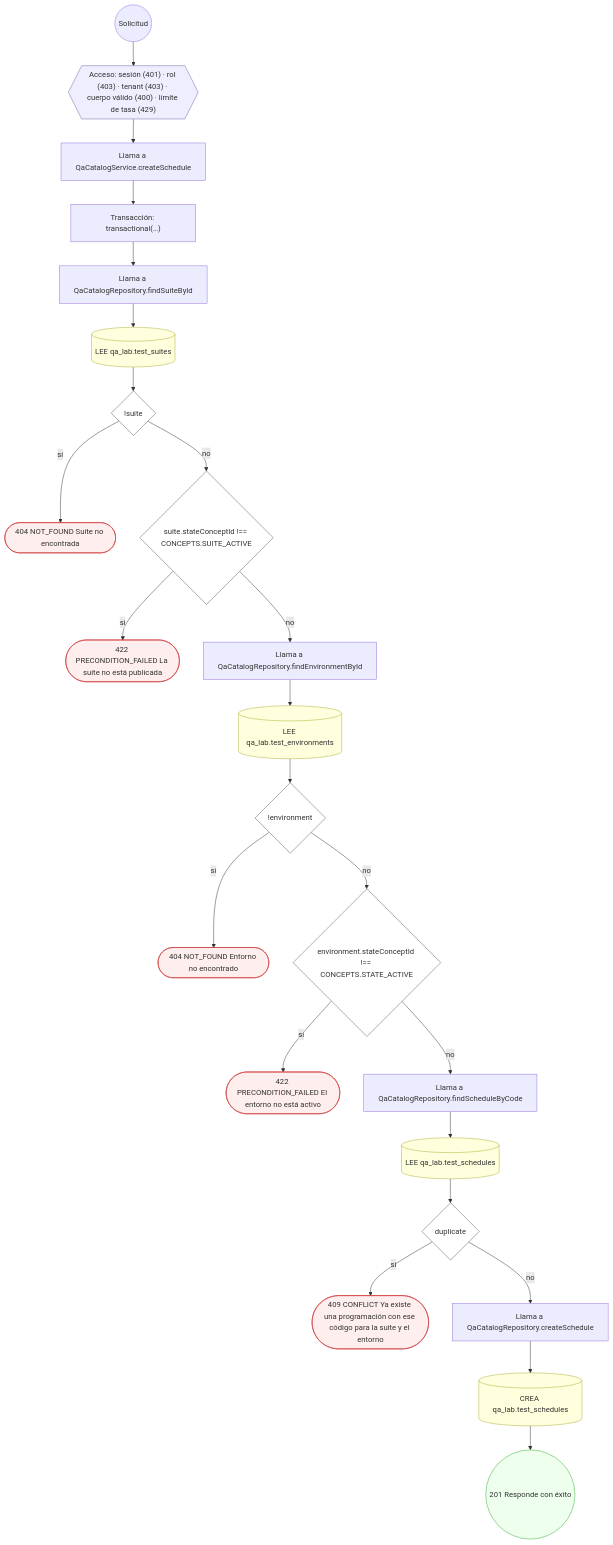
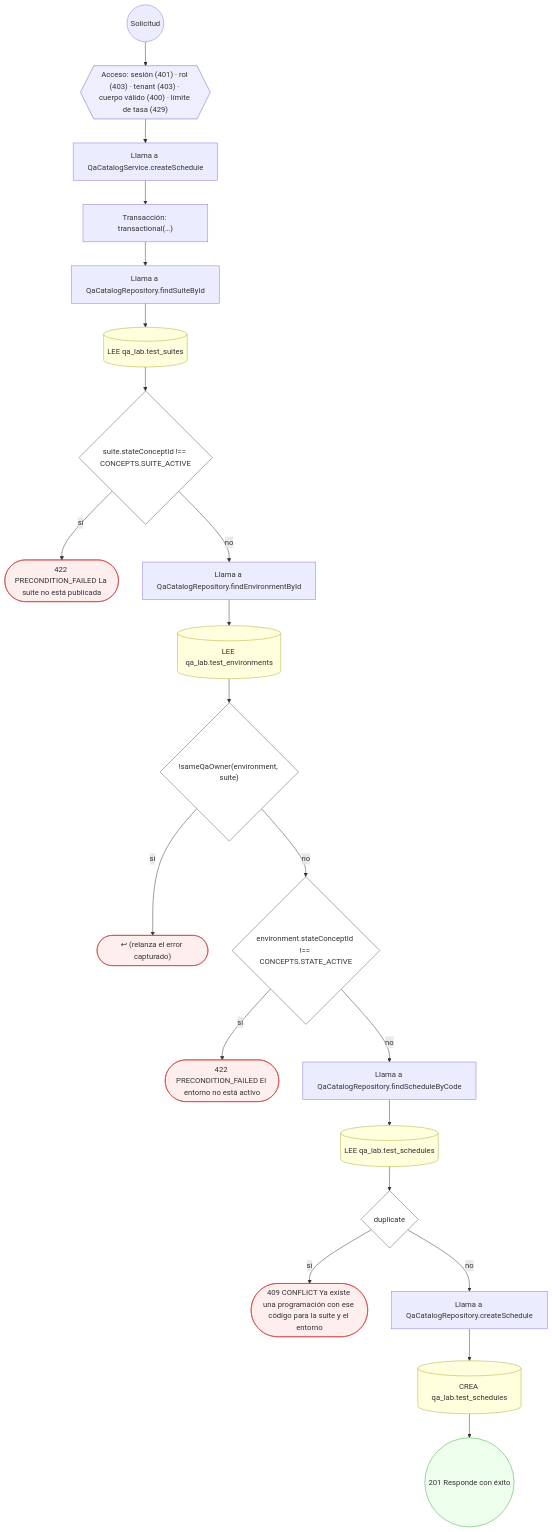
Diagram 15 of 17 in docs/inventario/flujos/qa_lab.md (mdavila-2001/mantra-core-health-api), drawn with Mermaid before and after one commit. The commit also changed other lines of this file and 438 other files, not shown here.

````diff
--- a/docs/inventario/flujos/qa_lab.md
+++ b/docs/inventario/flujos/qa_lab.md
@@ -1156,54 +1046,50 @@
 ```mermaid
 flowchart TD
   n1(("Solicitud")):::inicio
   n2{{"Acceso: sesión (401) · rol (403) · tenant (403) · cuerpo válido (400) · límite de tasa (429)"}}:::acceso
   n1 --> n2
   n3["Llama a QaCatalogService.createSchedule"]:::llamada
   n2 --> n3
   n4["Transacción: transactional(…)"]:::transaccion
   n3 --> n4
   n5["Llama a QaCatalogRepository.findSuiteById"]:::llamada
   n4 --> n5
   n6[("LEE qa_lab.test_suites")]:::efecto
   n5 --> n6
-  n7{"!suite"}:::decision
+  n7{"suite.stateConceptId !== CONCEPTS.SUITE_ACTIVE"}:::decision
   n6 --> n7
-  n8(["404 NOT_FOUND Suite no encontrada"]):::error
+  n8(["422 PRECONDITION_FAILED La suite no está publicada"]):::error
   n7 -->|"sí"| n8
-  n9{"suite.stateConceptId !== CONCEPTS.SUITE_ACTIVE"}:::decision
+  n9["Llama a QaCatalogRepository.findEnvironmentById"]:::llamada
   n7 -->|"no"| n9
-  n10(["422 PRECONDITION_FAILED La suite no está publicada"]):::error
-  n9 -->|"sí"| n10
-  n11["Llama a QaCatalogRepository.findEnvironmentById"]:::llamada
-  n9 -->|"no"| n11
-  n12[("LEE qa_lab.test_environments")]:::efecto
-  n11 --> n12
-  n13{"!environment"}:::decision
-  n12 --> n13
-  n14(["404 NOT_FOUND Entorno no encontrado"]):::error
+  n10[("LEE qa_lab.test_environments")]:::efecto
+  n9 --> n10
+  n11{"!sameQaOwner(environment, suite)"}:::decision
+  n10 --> n11
+  n12(["↩ (relanza el error capturado)"]):::error
+  n11 -->|"sí"| n12
+  n13{"environment.stateConceptId !== CONCEPTS.STATE_ACTIVE"}:::decision
+  n11 -->|"no"| n13
+  n14(["422 PRECONDITION_FAILED El entorno no está activo"]):::error
   n13 -->|"sí"| n14
-  n15{"environment.stateConceptId !== CONCEPTS.STATE_ACTIVE"}:::decision
+  n15["Llama a QaCatalogRepository.findScheduleByCode"]:::llamada
   n13 -->|"no"| n15
-  n16(["422 PRECONDITION_FAILED El entorno no está activo"]):::error
-  n15 -->|"sí"| n16
-  n17["Llama a QaCatalogRepository.findScheduleByCode"]:::llamada
-  n15 -->|"no"| n17
-  n18[("LEE qa_lab.test_schedules")]:::efecto
-  n17 --> n18
-  n19{"duplicate"}:::decision
-  n18 --> n19
-  n20(["409 CONFLICT Ya existe una programación con ese código para la suite y el entorno"]):::error
-  n19 -->|"sí"| n20
-  n21["Llama a QaCatalogRepository.createSchedule"]:::llamada
-  n19 -->|"no"| n21
-  n22[("CREA qa_lab.test_schedules")]:::efecto
-  n21 --> n22
-  n23(("201 Responde con éxito")):::ok
-  n22 --> n23
+  n16[("LEE qa_lab.test_schedules")]:::efecto
+  n15 --> n16
+  n17{"duplicate"}:::decision
+  n16 --> n17
+  n18(["409 CONFLICT Ya existe una programación con ese código para la suite y el entorno"]):::error
+  n17 -->|"sí"| n18
+  n19["Llama a QaCatalogRepository.createSchedule"]:::llamada
+  n17 -->|"no"| n19
+  n20[("CREA qa_lab.test_schedules")]:::efecto
+  n19 --> n20
+  n21(("201 Responde con éxito")):::ok
+  n20 --> n21
   classDef acceso fill:#eef,stroke:#66a
   classDef error fill:#fee,stroke:#c33
   classDef ok fill:#efe,stroke:#3a3
   classDef efecto fill:#ffd,stroke:#aa3
   classDef decision fill:#fff,stroke:#555
   classDef corte fill:#eee,stroke:#999,stroke-dasharray: 4
 ```
````
